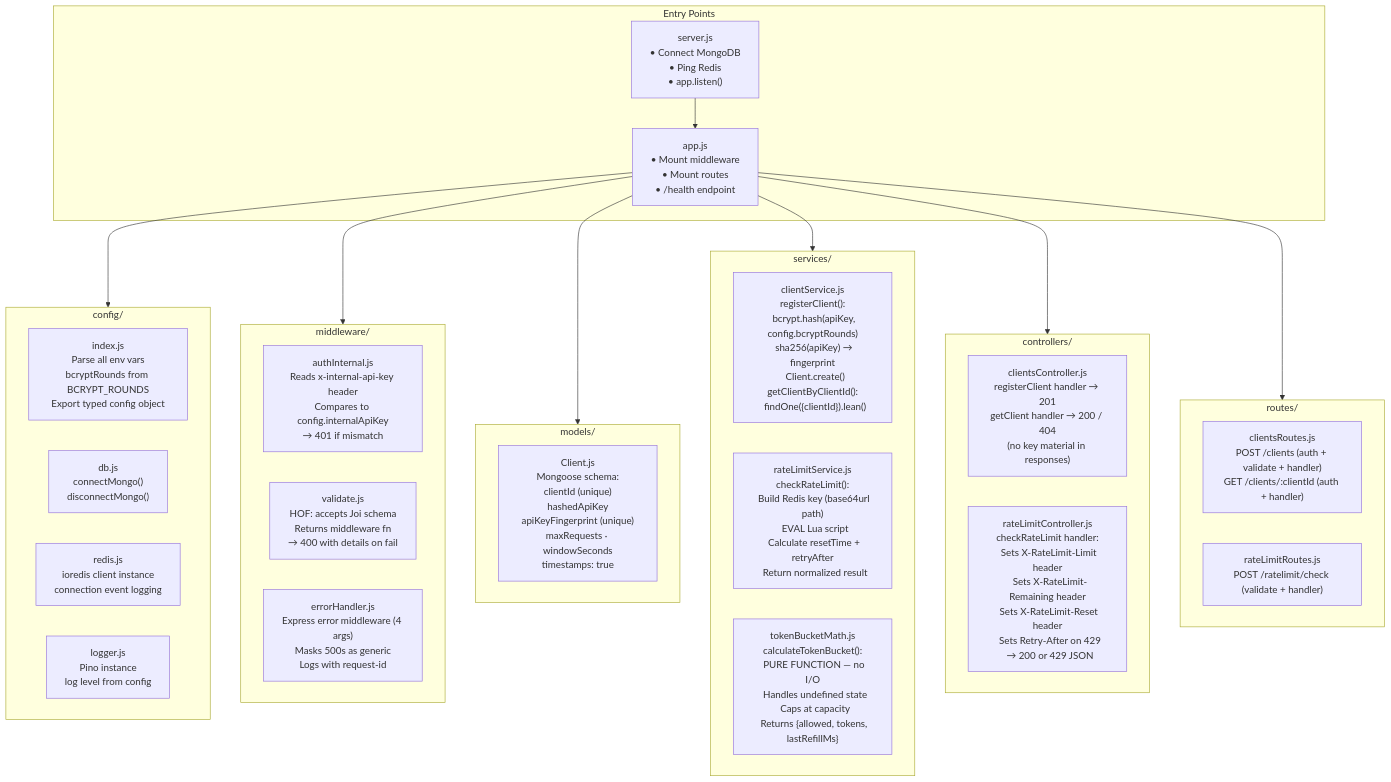
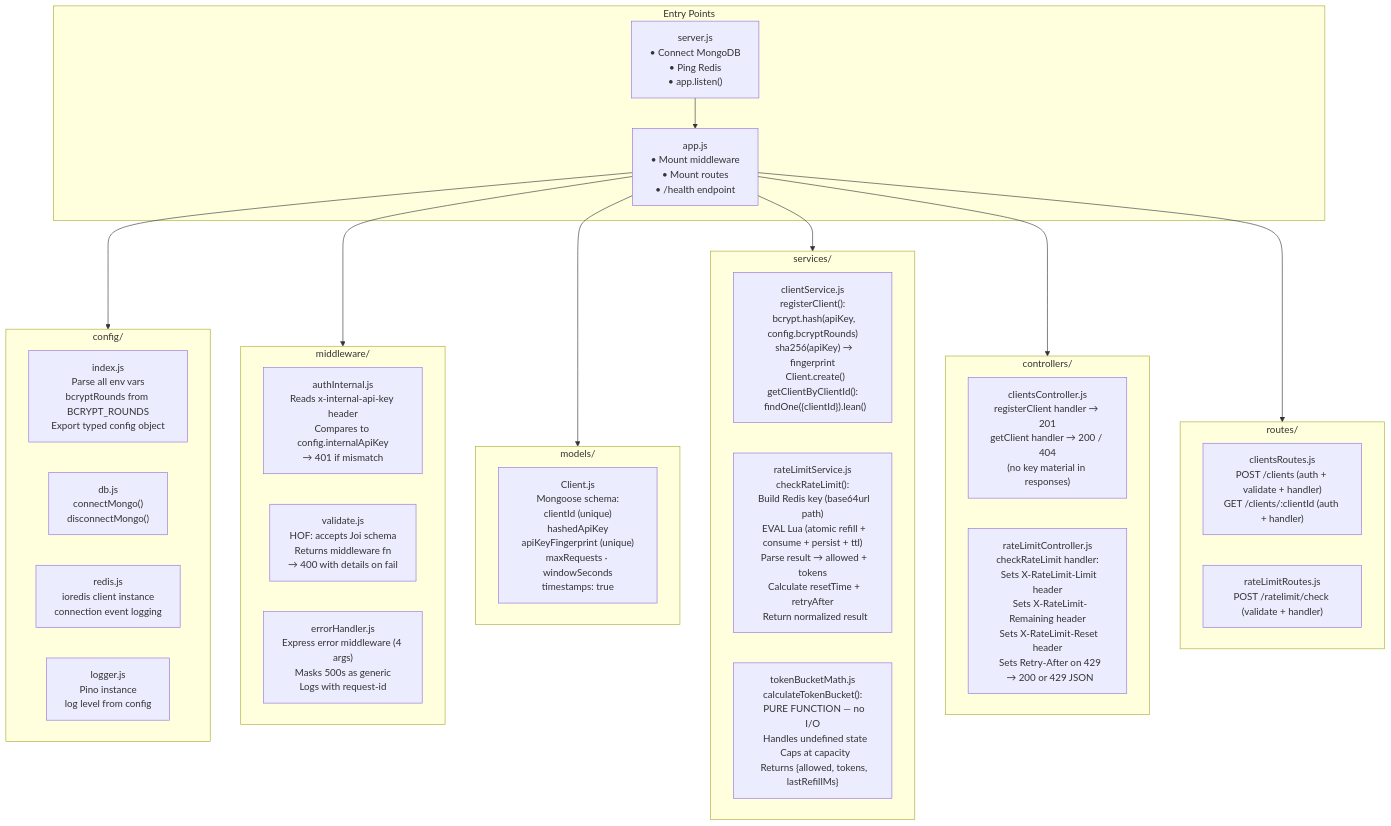
The fourth of 17 diagrams in ARCHITECTURE.md (ramalokeshreddyp/RateGuard), drawn with Mermaid before and after one commit. The commit also changed other lines of this file and 4 other files, not shown here.

Commit message:
Implement atomic Redis Lua rate limiting and align docs

````diff
--- a/ARCHITECTURE.md
+++ b/ARCHITECTURE.md
@@ -178,42 +178,42 @@
 ```mermaid
 flowchart TD
     subgraph entry["Entry Points"]
         SRV["server.js\n• Connect MongoDB\n• Ping Redis\n• app.listen()"]
         APP["app.js\n• Mount middleware\n• Mount routes\n• /health endpoint"]
     end
 
     subgraph cfg["config/"]
         CI["index.js\nParse all env vars\nbcryptRounds from BCRYPT_ROUNDS\nExport typed config object"]
         DB["db.js\nconnectMongo()\ndisconnectMongo()"]
         RD["redis.js\nioredis client instance\nconnection event logging"]
         LG["logger.js\nPino instance\nlog level from config"]
     end
 
     subgraph mw["middleware/"]
         AU["authInternal.js\nReads x-internal-api-key header\nCompares to config.internalApiKey\n→ 401 if mismatch"]
         VL["validate.js\nHOF: accepts Joi schema\nReturns middleware fn\n→ 400 with details on fail"]
         EH["errorHandler.js\nExpress error middleware (4 args)\nMasks 500s as generic\nLogs with request-id"]
     end
 
     subgraph mdl["models/"]
         CL["Client.js\nMongoose schema:\nclientId (unique)\nhashedApiKey\napiKeyFingerprint (unique)\nmaxRequests · windowSeconds\ntimestamps: true"]
     end
 
     subgraph svc["services/"]
         CSS["clientService.js\nregisterClient():\n  bcrypt.hash(apiKey, config.bcryptRounds)\n  sha256(apiKey) → fingerprint\n  Client.create()\ngetClientByClientId():\n  findOne({clientId}).lean()"]
-        RLS["rateLimitService.js\ncheckRateLimit():\n  Build Redis key (base64url path)\n  EVAL Lua script\n  Calculate resetTime + retryAfter\n  Return normalized result"]
+        RLS["rateLimitService.js\ncheckRateLimit():\n  Build Redis key (base64url path)\n  EVAL Lua (atomic refill + consume + persist + ttl)\n  Parse result → allowed + tokens\n  Calculate resetTime + retryAfter\n  Return normalized result"]
         TBM["tokenBucketMath.js\ncalculateTokenBucket():\n  PURE FUNCTION — no I/O\n  Handles undefined state\n  Caps at capacity\n  Returns {allowed, tokens, lastRefillMs}"]
     end
 
     subgraph ctrl["controllers/"]
         CC["clientsController.js\nregisterClient handler → 201\ngetClient handler → 200 / 404\n(no key material in responses)"]
         RC["rateLimitController.js\ncheckRateLimit handler:\n  Sets X-RateLimit-Limit header\n  Sets X-RateLimit-Remaining header\n  Sets X-RateLimit-Reset header\n  Sets Retry-After on 429\n  → 200 or 429 JSON"]
     end
 
     subgraph rts["routes/"]
         RTS["clientsRoutes.js\nPOST /clients (auth + validate + handler)\nGET /clients/:clientId (auth + handler)"]
         RTR["rateLimitRoutes.js\nPOST /ratelimit/check (validate + handler)"]
     end
 
     SRV --> APP --> cfg & mw & mdl & svc & ctrl & rts
 ```
````
